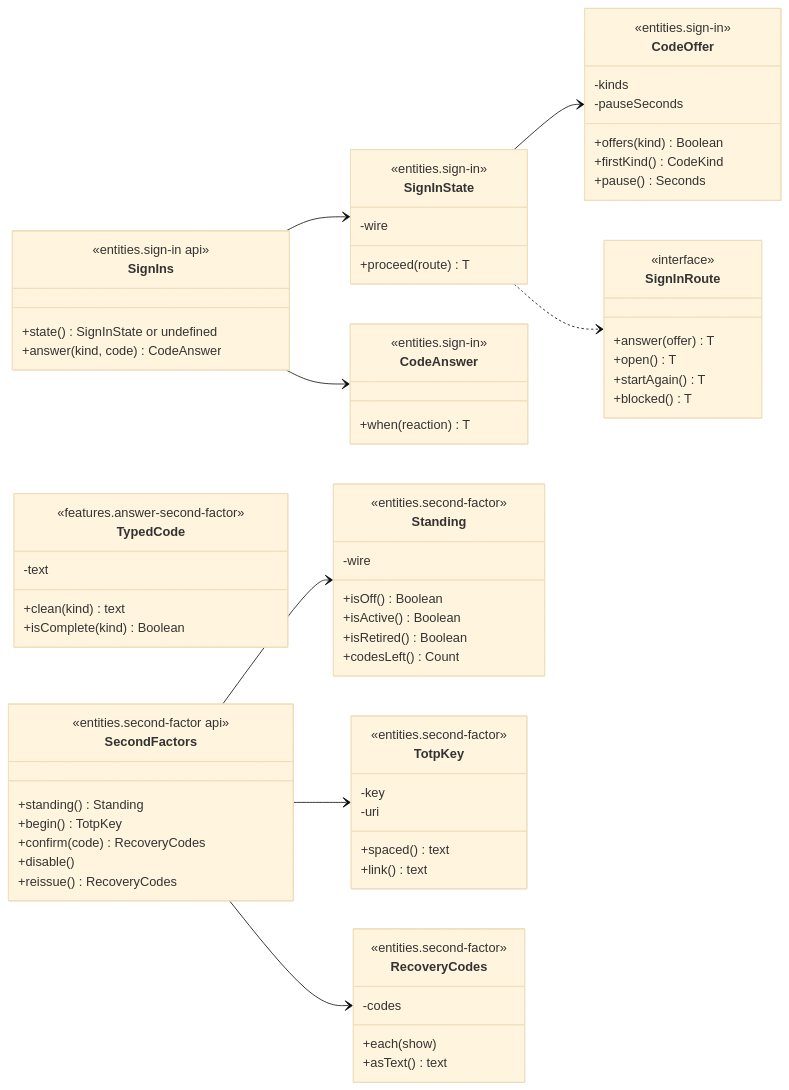
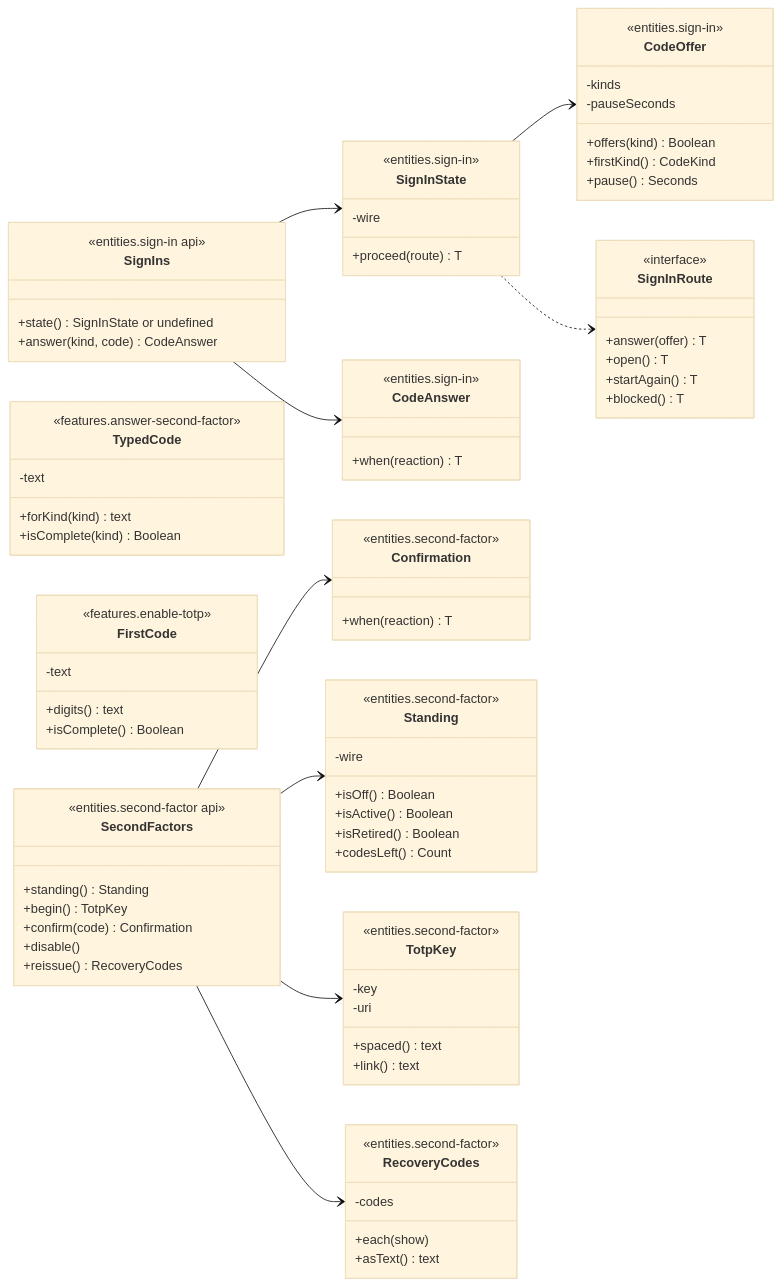
The sixth of 6 diagrams in docs/backend/04-authentication-slice-5c-totp-screens.md (yuriisurzhykov/Tallyvane), drawn with Mermaid (base theme) before and after one commit. The commit also changed other lines of this file and 68 other files, not shown here.

First line of the commit message:
Add the TOTP screens of slice 5c: code step after Google and Settings, Security

````diff
--- a/docs/backend/04-authentication-slice-5c-totp-screens.md
+++ b/docs/backend/04-authentication-slice-5c-totp-screens.md
@@ -280,14 +280,24 @@
     class TypedCode {
         <<features.answer-second-factor>>
         -text
-        +clean(kind) text
+        +forKind(kind) text
         +isComplete(kind) Boolean
+    }
+    class FirstCode {
+        <<features.enable-totp>>
+        -text
+        +digits() text
+        +isComplete() Boolean
+    }
+    class Confirmation {
+        <<entities.second-factor>>
+        +when(reaction) T
     }
     class SecondFactors {
         <<entities.second-factor api>>
         +standing() Standing
         +begin() TotpKey
-        +confirm(code) RecoveryCodes
+        +confirm(code) Confirmation
         +disable()
         +reissue() RecoveryCodes
     }
@@ -319,4 +329,5 @@
     SecondFactors --> Standing
     SecondFactors --> TotpKey
     SecondFactors --> RecoveryCodes
+    SecondFactors --> Confirmation
 ```
````
